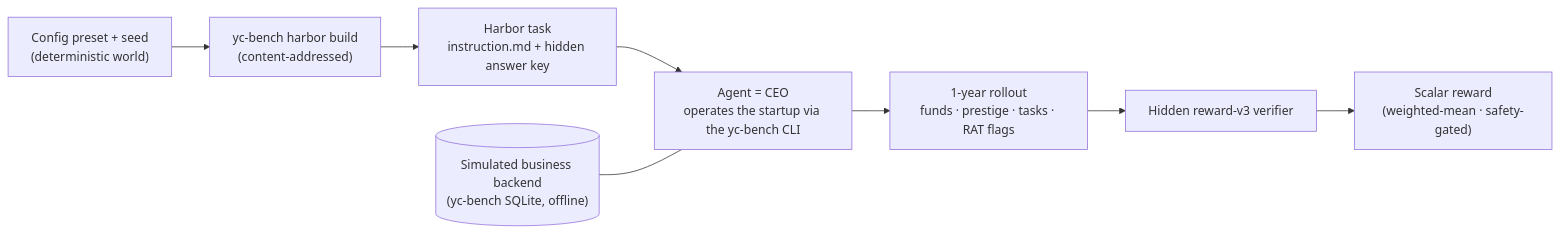
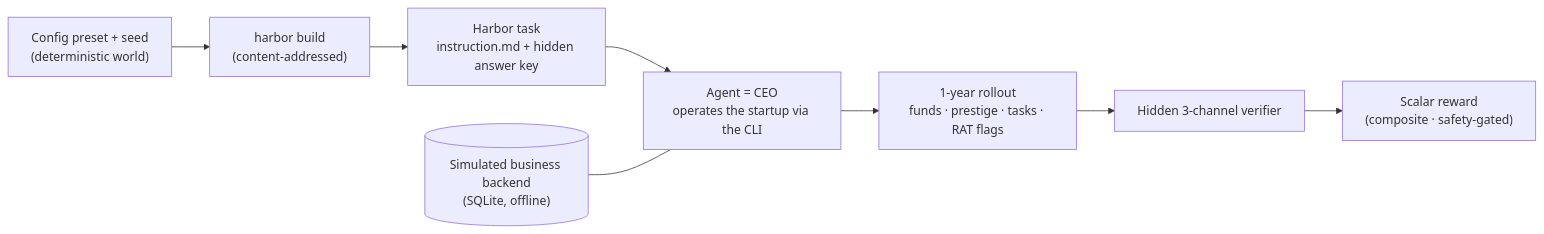
The first of 2 diagrams in README.md (EtharaOrion/rinzler-samples), drawn with Mermaid before and after one commit. The commit also changed other lines of this file and 1974 other files, not shown here.

Commit message:
Sync samples: 30-task corpus, dual-model trajectories, dual-model reward-decay graph, rewritten README

````diff
--- a/README.md
+++ b/README.md
@@ -11,10 +11,10 @@
 ```mermaid
 flowchart LR
-    cfg["Config preset + seed<br/>(deterministic world)"] --> build["yc-bench harbor build<br/>(content-addressed)"]
+    cfg["Config preset + seed<br/>(deterministic world)"] --> build["harbor build<br/>(content-addressed)"]
     build --> task["Harbor task<br/>instruction.md + hidden answer key"]
-    task --> agent["Agent = CEO<br/>operates the startup via the yc-bench CLI"]
-    sim[("Simulated business backend<br/>(yc-bench SQLite, offline)")] --- agent
+    task --> agent["Agent = CEO<br/>operates the startup via the CLI"]
+    sim[("Simulated business backend<br/>(SQLite, offline)")] --- agent
     agent --> rollout["1-year rollout<br/>funds · prestige · tasks · RAT flags"]
-    rollout --> verifier["Hidden reward-v3 verifier"]
-    verifier --> reward["Scalar reward<br/>(weighted-mean · safety-gated)"]
+    rollout --> verifier["Hidden 3-channel verifier"]
+    verifier --> reward["Scalar reward<br/>(composite · safety-gated)"]
 ```
````
